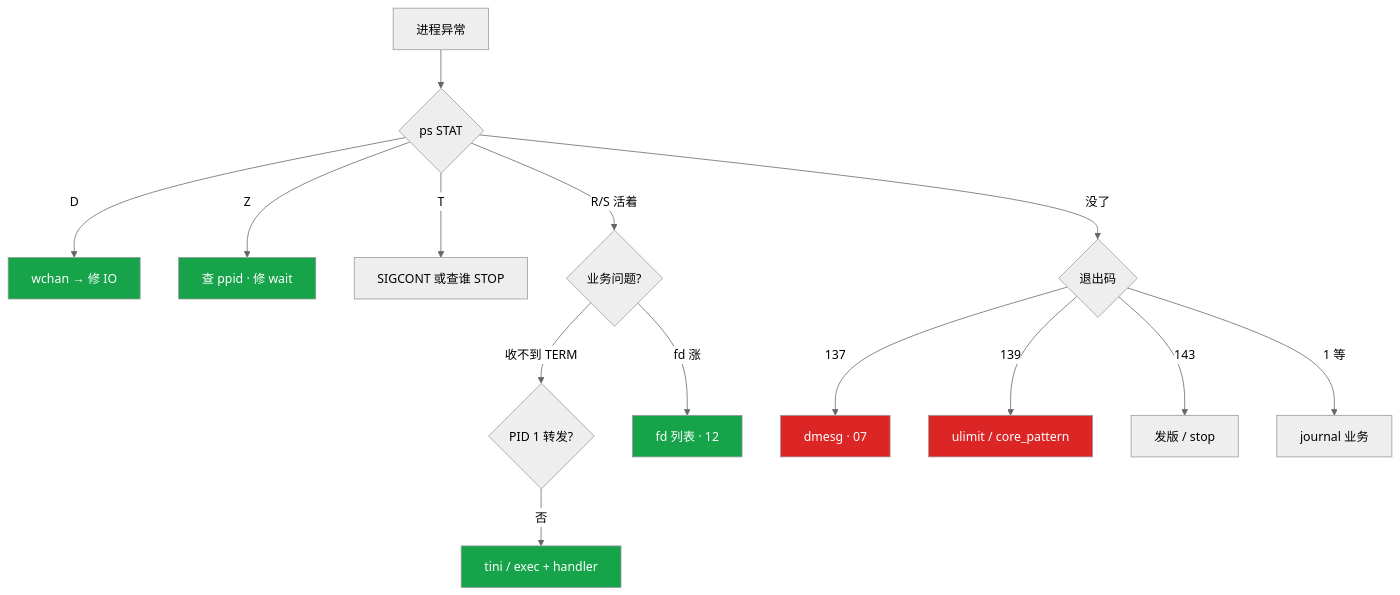
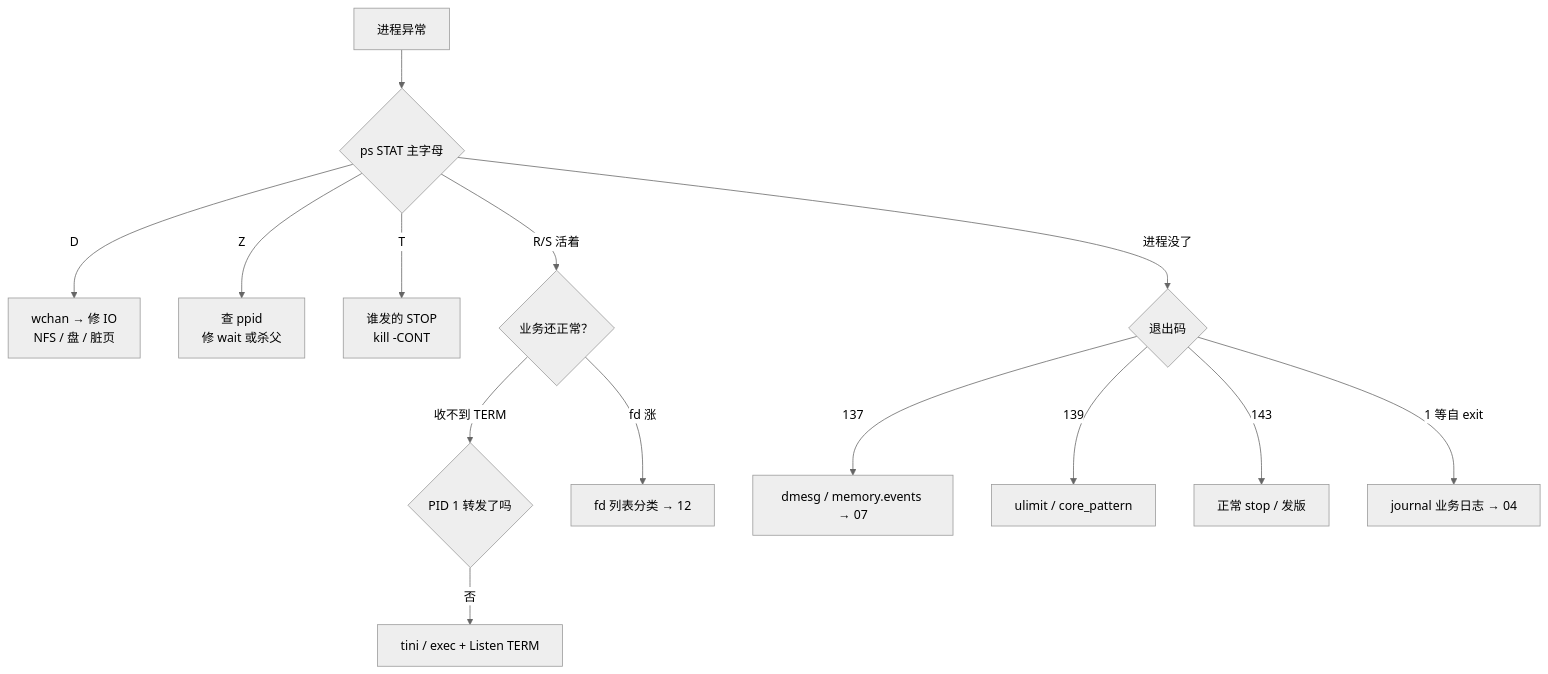
The eighth of 8 diagrams in 01-基础底座/05-进程与信号/知识点.md (ml-cuizijun/LearnToLilith), drawn with Mermaid (neutral theme) before and after one commit. The commit also changed other lines of this file and 470 other files, not shown here.

````diff
--- a/01-基础底座/05-进程与信号/知识点.md
+++ b/01-基础底座/05-进程与信号/知识点.md
@@ -961,21 +445,16 @@
 ```mermaid
 flowchart TB
-    A[进程异常] --> B{ps STAT}
-    B -->|D| C[wchan → 修 IO]
-    B -->|Z| D[查 ppid · 修 wait]
-    B -->|T| T1[SIGCONT 或查谁 STOP]
-    B -->|R/S 活着| E{业务问题?}
-    E -->|收不到 TERM| I{PID 1 转发?}
-    I -->|否| J[tini / exec + handler]
-    E -->|fd 涨| K[fd 列表 · 12]
-    B -->|没了| F{退出码}
-    F -->|137| G["dmesg · 07"]
-    F -->|139| H[ulimit / core_pattern]
-    F -->|143| L[发版 / stop]
-    F -->|1 等| M[journal 业务]
-
-    classDef bad fill:#DC2626,color:#fff
-    classDef ok fill:#16A34A,color:#fff
-    class C,D,J,K ok
-    class G,H bad
+    A["进程异常"] --> B{"ps STAT 主字母"}
+    B -->|D| C["wchan → 修 IO<br/>NFS / 盘 / 脏页"]
+    B -->|Z| D["查 ppid<br/>修 wait 或杀父"]
+    B -->|T| T1["谁发的 STOP<br/>kill -CONT"]
+    B -->|"R/S 活着"| E{"业务还正常？"}
+    E -->|"收不到 TERM"| I{"PID 1 转发了吗"}
+    I -->|否| J["tini / exec + Listen TERM"]
+    E -->|fd 涨| K["fd 列表分类 → 12"]
+    B -->|进程没了| F{"退出码"}
+    F -->|137| G["dmesg / memory.events → 07"]
+    F -->|139| H["ulimit / core_pattern"]
+    F -->|143| L["正常 stop / 发版"]
+    F -->|"1 等自 exit"| M["journal 业务日志 → 04"]
 ```
````
